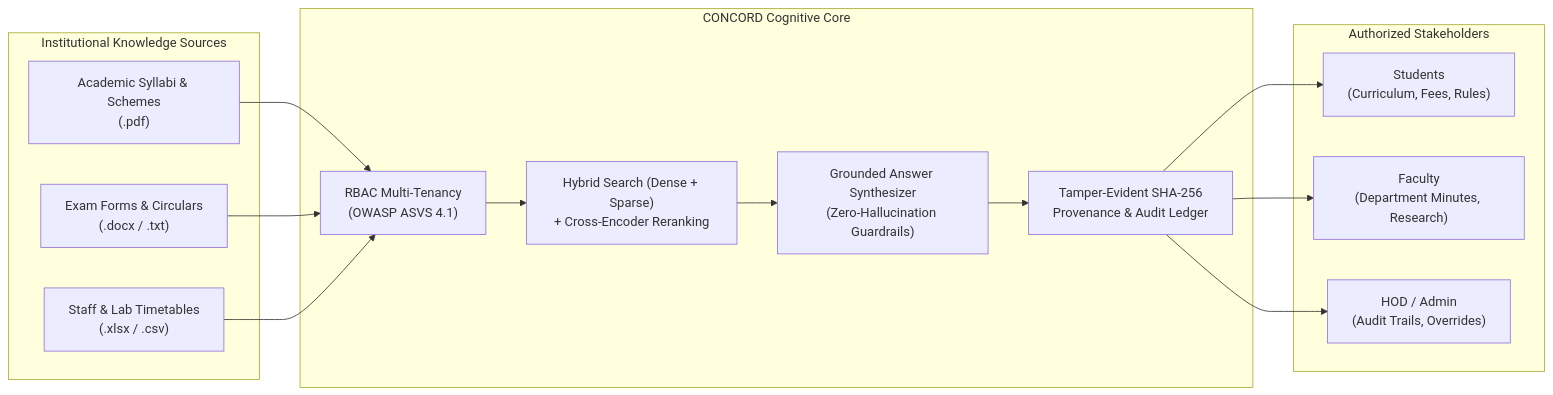
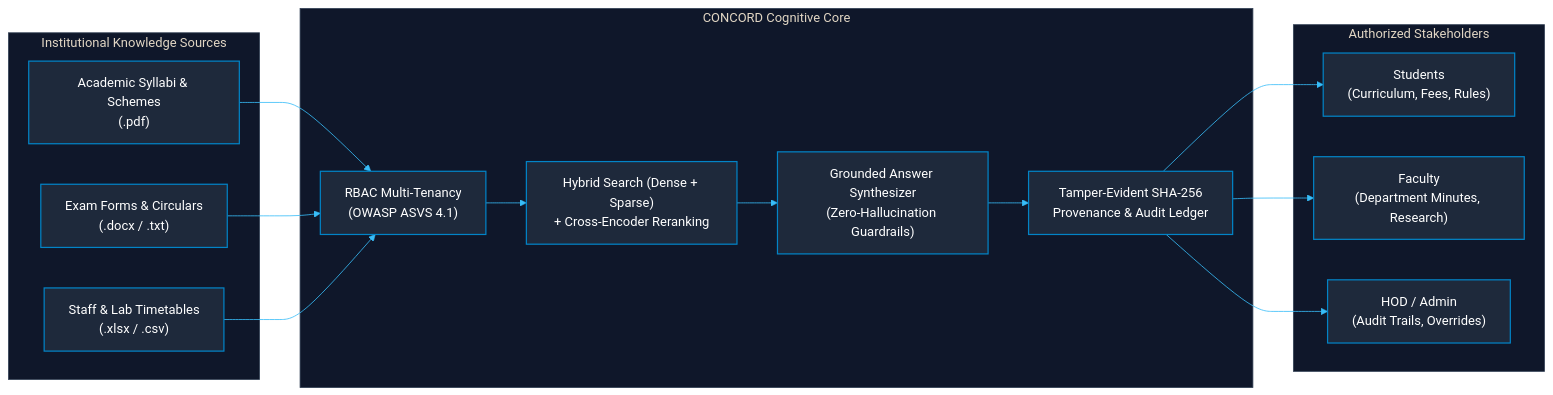
One commit to abhay-patil-cse27/concord-ikms changed the diagram in docs/Project_Info.md. Above: the diagram before and after it, drawn with Mermaid. The commit also changed 7 other files, not shown here.

Commit message:
docs: standardize high-contrast mermaid diagrams for github light/dark mode, clean readme table, and fix benchmark caching

````diff
--- a/docs/Project_Info.md
+++ b/docs/Project_Info.md
@@ -5,33 +5,36 @@
 ```mermaid
+%%{init: {'theme': 'base', 'themeVariables': { 'primaryColor': '#0284c7', 'primaryTextColor': '#ffffff', 'primaryBorderColor': '#0369a1', 'lineColor': '#38bdf8', 'secondaryColor': '#0f172a', 'tertiaryColor': '#1e293b', 'clusterBkg': '#0f172a', 'clusterBorder': '#334155', 'fontFamily': 'Inter, sans-serif'}}}%%
 graph LR
     subgraph Multi_Source_Inputs ["Institutional Knowledge Sources"]
-        PDF["Academic Syllabi & Schemes\n(.pdf)"]
-        Forms["Exam Forms & Circulars\n(.docx / .txt)"]
-        Sheets["Staff & Lab Timetables\n(.xlsx / .csv)"]
+        PDF["Academic Syllabi & Schemes<br/>(.pdf)"]
+        Forms["Exam Forms & Circulars<br/>(.docx / .txt)"]
+        Sheets["Staff & Lab Timetables<br/>(.xlsx / .csv)"]
     end
 
     subgraph Trust_Grounded_Core ["CONCORD Cognitive Core"]
-        AuthZ["RBAC Multi-Tenancy\n(OWASP ASVS 4.1)"]
-        Hybrid["Hybrid Search (Dense + Sparse)\n+ Cross-Encoder Reranking"]
-        Grounding["Grounded Answer Synthesizer\n(Zero-Hallucination Guardrails)"]
-        Audit["Tamper-Evident SHA-256\nProvenance & Audit Ledger"]
+        AuthZ["RBAC Multi-Tenancy<br/>(OWASP ASVS 4.1)"]
+        Hybrid["Hybrid Search (Dense + Sparse)<br/>+ Cross-Encoder Reranking"]
+        Grounding["Grounded Answer Synthesizer<br/>(Zero-Hallucination Guardrails)"]
+        Audit["Tamper-Evident SHA-256<br/>Provenance & Audit Ledger"]
     end
 
     subgraph Institutional_Consumers ["Authorized Stakeholders"]
-        Students["Students\n(Curriculum, Fees, Rules)"]
-        Faculty["Faculty\n(Department Minutes, Research)"]
-        Admin["HOD / Admin\n(Audit Trails, Overrides)"]
+        Students["Students<br/>(Curriculum, Fees, Rules)"]
+        Faculty["Faculty<br/>(Department Minutes, Research)"]
+        Admin["HOD / Admin<br/>(Audit Trails, Overrides)"]
     end
 
     PDF --> AuthZ
     Forms --> AuthZ
     Sheets --> AuthZ
 
     AuthZ --> Hybrid
     Hybrid --> Grounding
     Grounding --> Audit
 
     Audit --> Students
     Audit --> Faculty
     Audit --> Admin
+
+    classDef default fill:#1e293b,stroke:#0284c7,stroke-width:1.5px,color:#ffffff;
 ```
````
